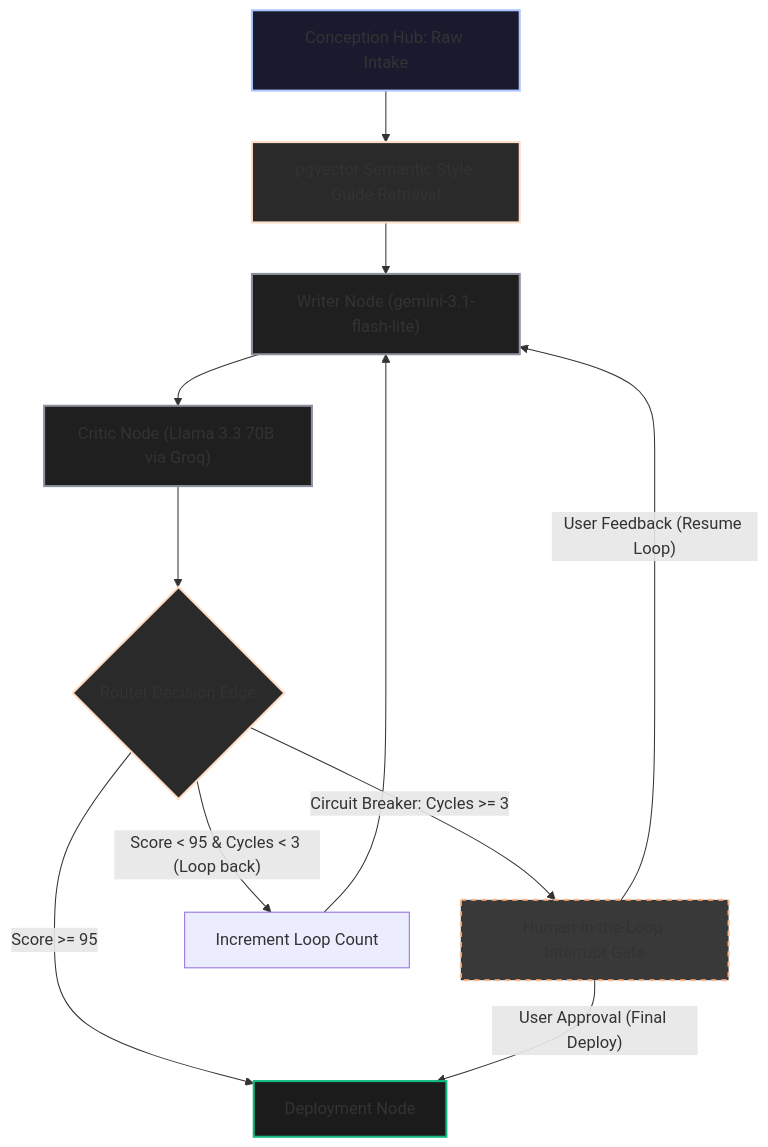
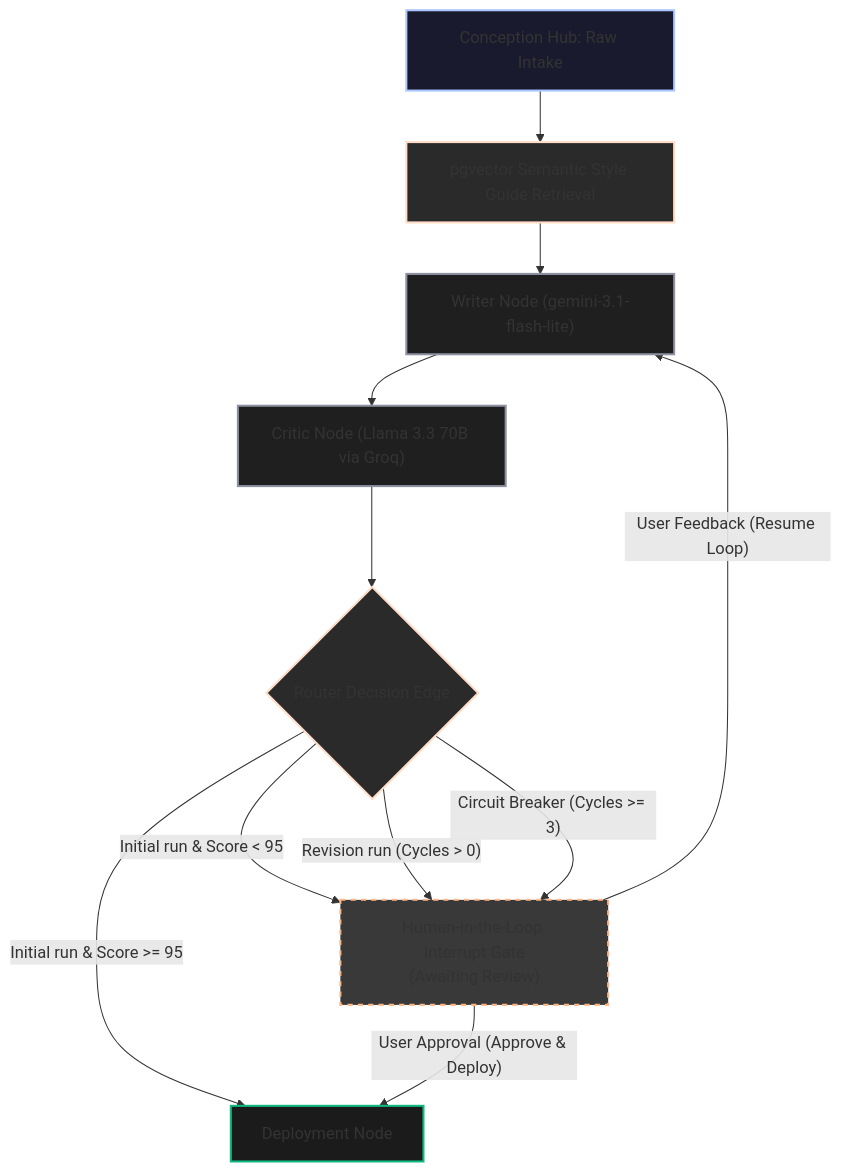
Before and after one commit to Edric2412/AgenticAI-G4: the diagram in README.md, drawn with Mermaid. The commit also changed other lines of this file, not shown here.

````diff
--- a/README.md
+++ b/README.md
@@ -22,34 +22,34 @@
 ```mermaid
 graph TD
     %% Styling definitions
     classDef init fill:#1a1a2e,stroke:#adc6ff,stroke-width:2px;
     classDef agent fill:#201f20,stroke:#8c909f,stroke-width:2px;
     classDef check fill:#2a2a2b,stroke:#ffdcc6,stroke-width:2px;
     classDef hitl fill:#3a393a,stroke:#ffb786,stroke-dasharray: 5 5,stroke-width:2px;
     classDef endNode fill:#1c1b1c,stroke:#10B981,stroke-width:2px;
 
     %% Nodes
     A[Conception Hub: Raw Intake]:::init
     B[pgvector Semantic Style Guide Retrieval]:::check
     C["Writer Node (gemini-3.1-flash-lite)"]:::agent
     D["Critic Node (Llama 3.3 70B via Groq)"]:::agent
     E{Router Decision Edge}:::check
-    F["Human-in-the-Loop Interrupt Gate"]:::hitl
+    F["Human-in-the-Loop Interrupt Gate<br>(Awaiting Review)"]:::hitl
     G["Deployment Node"]:::endNode
 
     %% Flow Paths
     A --> B
     B --> C
     C --> D
     D --> E
     
-    %% Loops
-    E -- "Score < 95 & Cycles < 3 (Loop back)" --> H[Increment Loop Count]
-    H --> C
+    %% Routing Decisions
+    E -- "Initial run & Score >= 95" --> G
+    E -- "Initial run & Score < 95" --> F
+    E -- "Revision run (Cycles > 0)" --> F
+    E -- "Circuit Breaker (Cycles >= 3)" --> F
     
-    E -- "Score >= 95" --> G
-    E -- "Circuit Breaker: Cycles >= 3" --> F
-    
+    %% HITL Actions
     F -- "User Feedback (Resume Loop)" --> C
-    F -- "User Approval (Final Deploy)" --> G
+    F -- "User Approval (Approve & Deploy)" --> G
 ```
````
